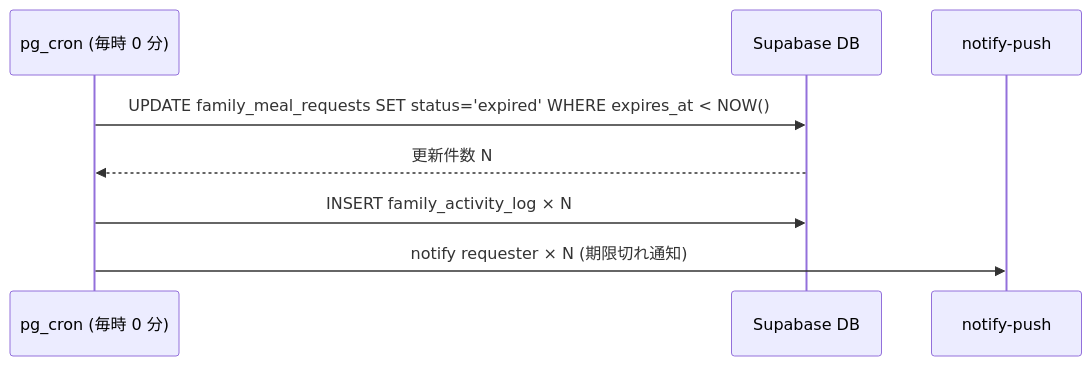
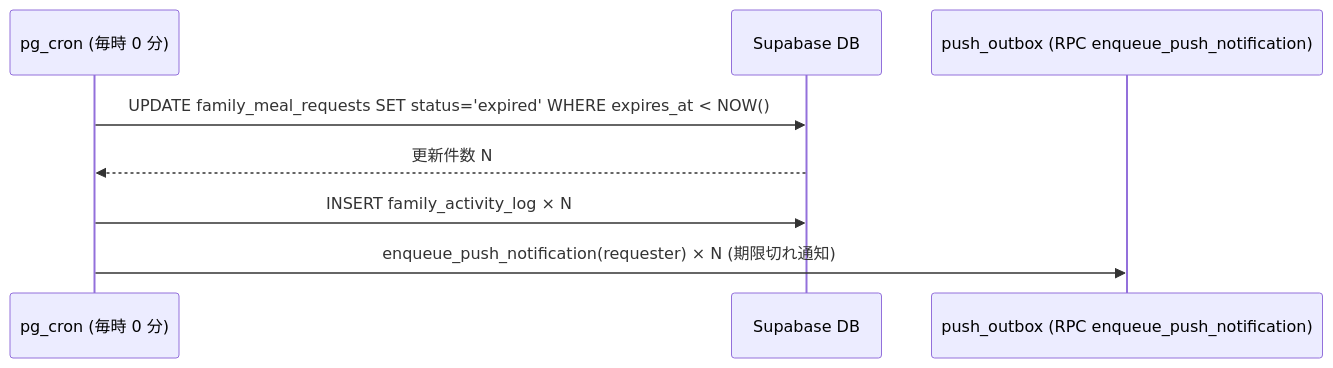
One commit to DaisukeHori/homegohan-app changed the fifth of 5 diagrams in docs/design/family/04-meal-request-flow.md. Above: the diagram before and after it, drawn with Mermaid. The commit also changed other lines of this file and 10 other files, not shown here.

````diff
--- a/docs/design/family/04-meal-request-flow.md
+++ b/docs/design/family/04-meal-request-flow.md
@@ -409,11 +410,11 @@
 ```mermaid
 sequenceDiagram
   participant Cron as pg_cron (毎時 0 分)
   participant DB as Supabase DB
-  participant EF as notify-push
+  participant Push as push_outbox (RPC enqueue_push_notification)
 
   Cron->>DB: UPDATE family_meal_requests SET status='expired' WHERE expires_at < NOW()
   DB-->>Cron: 更新件数 N
   Cron->>DB: INSERT family_activity_log × N
-  Cron->>EF: notify requester × N (期限切れ通知)
+  Cron->>Push: enqueue_push_notification(requester) × N (期限切れ通知)
 ```
````
